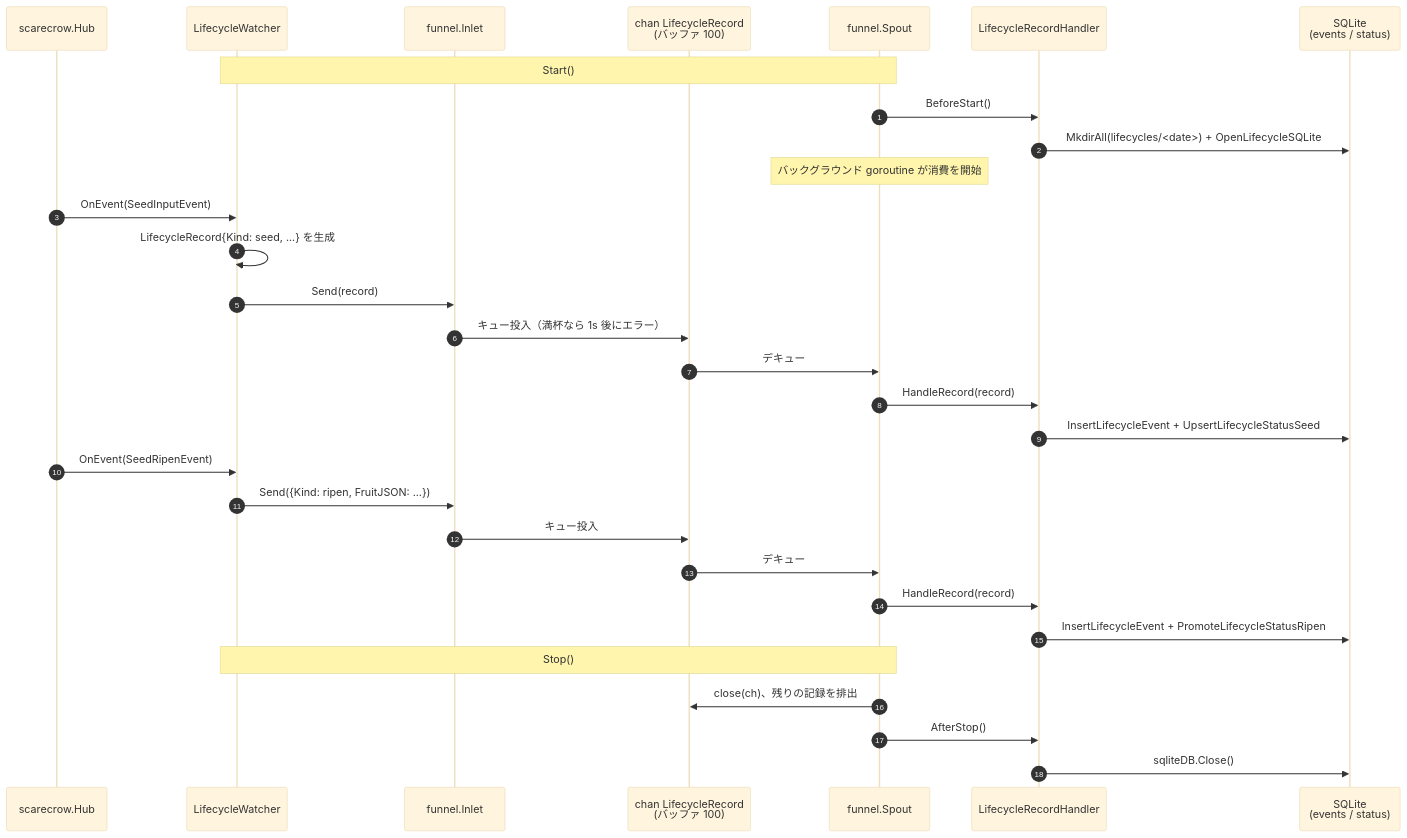
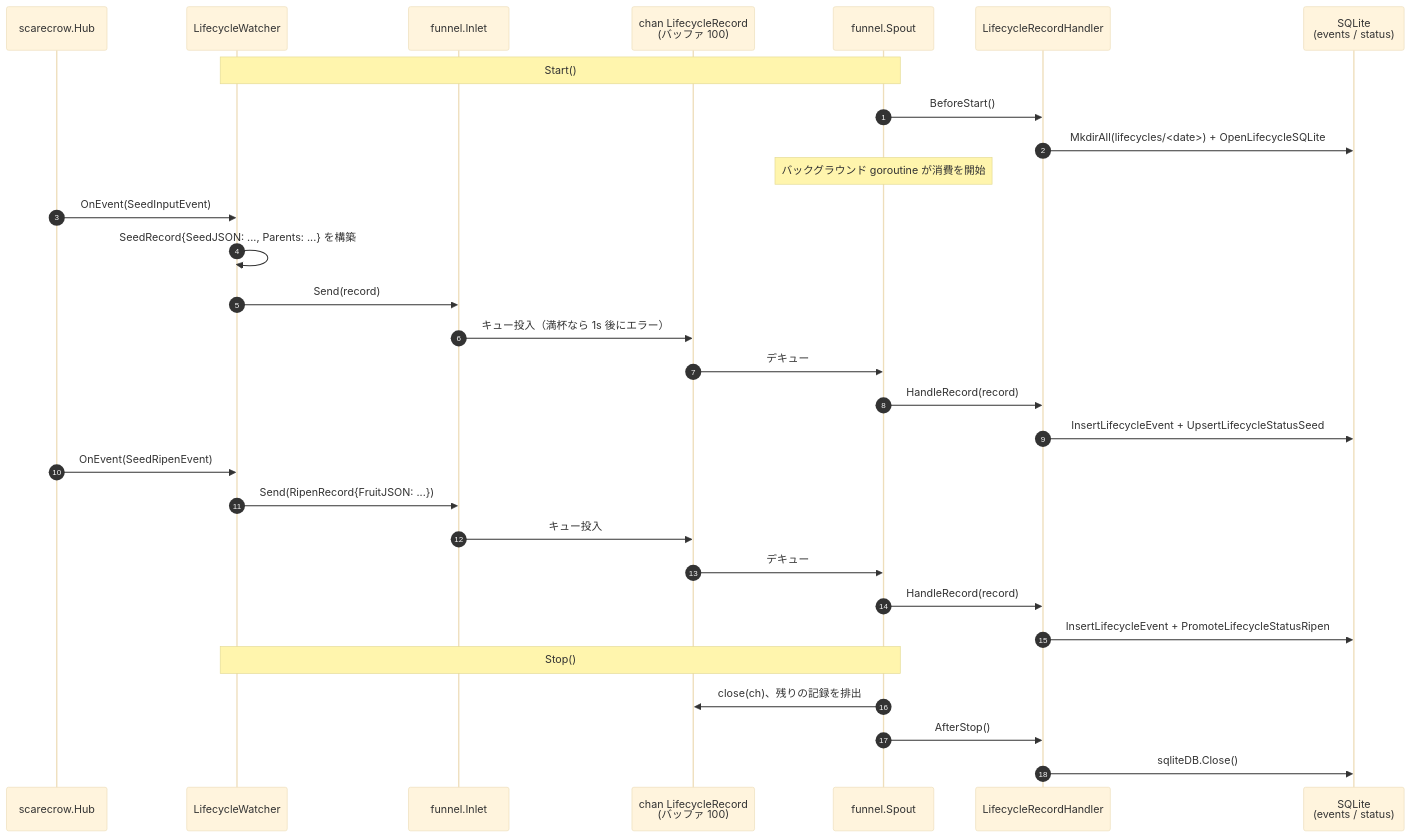
Before and after one commit to Mr-xiaotian/CelestialGrow: the diagram in docs/ja/pkg/persist/lifecycle.md, drawn with Mermaid (base theme). The commit also changed other lines of this file and 99 other files, not shown here.

````diff
--- a/docs/ja/pkg/persist/lifecycle.md
+++ b/docs/ja/pkg/persist/lifecycle.md
@@ -112,36 +115,36 @@
 ```mermaid
 sequenceDiagram
     autonumber
     participant Hub as scarecrow.Hub
     participant W as LifecycleWatcher
     participant In as funnel.Inlet
     participant Q as chan LifecycleRecord<br/>(バッファ 100)
     participant Sp as funnel.Spout
     participant H as LifecycleRecordHandler
     participant DB as SQLite<br/>(events / status)
 
     Note over W,Sp: Start()
     Sp->>H: BeforeStart()
     H->>DB: MkdirAll(lifecycles/<date>) + OpenLifecycleSQLite
     Note over Sp: バックグラウンド goroutine が消費を開始
 
     Hub->>W: OnEvent(SeedInputEvent)
-    W->>W: LifecycleRecord{Kind: seed, ...} を生成
+    W->>W: SeedRecord{SeedJSON: ..., Parents: ...} を構築
     W->>In: Send(record)
     In->>Q: キュー投入（満杯なら 1s 後にエラー）
     Q->>Sp: デキュー
     Sp->>H: HandleRecord(record)
     H->>DB: InsertLifecycleEvent + UpsertLifecycleStatusSeed
 
     Hub->>W: OnEvent(SeedRipenEvent)
-    W->>In: Send({Kind: ripen, FruitJSON: ...})
+    W->>In: Send(RipenRecord{FruitJSON: ...})
     In->>Q: キュー投入
     Q->>Sp: デキュー
     Sp->>H: HandleRecord(record)
     H->>DB: InsertLifecycleEvent + PromoteLifecycleStatusRipen
 
     Note over W,Sp: Stop()
     Sp->>Q: close(ch)、残りの記録を排出
     Sp->>H: AfterStop()
     H->>DB: sqliteDB.Close()
 ```
````
